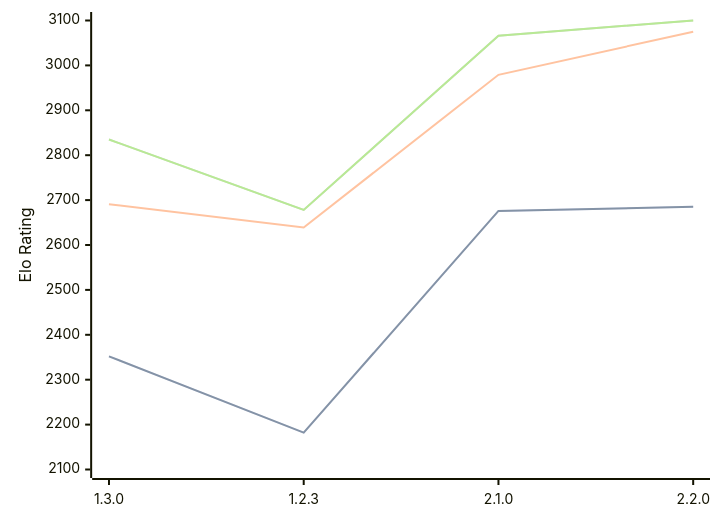
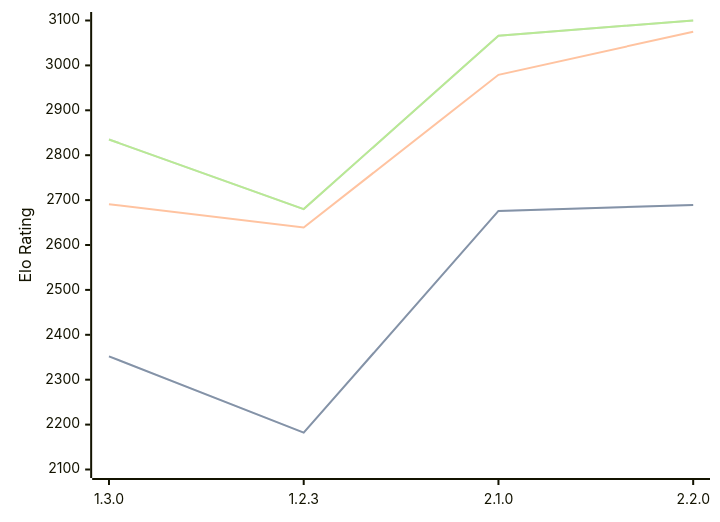
The diagram in engines/Aspen.md (computer-chess-index/cci), drawn with Mermaid before and after one commit. The commit also changed other lines of this file, not shown here.

Commit message:
Update CCI Ratings (ELO VLTC) - 2026-08-10

````diff
--- a/engines/Aspen.md
+++ b/engines/Aspen.md
@@ -43,11 +43,11 @@
 ```mermaid
 %%{init: {"theme":"base","themeVariables":{"seriesColors:['#a3a3a3','#222221','#faa371']}}}%%
 xychart-beta
   x-axis ["1.3.0", "1.2.3", "2.1.0", "2.2.0"]
   y-axis "Elo Rating" 2100 --> 3100
-  line "STC (8.0+0.08s)" [2352, 2182, 2676, 2685]
-  line "STC (8.0+0.08s)" [2352, 2182, 2676, 2685]
+  line "STC (8.0+0.08s)" [2352, 2182, 2676, 2689]
+  line "STC (8.0+0.08s)" [2352, 2182, 2676, 2689]
   line "LTC (60.0+0.60s)" [2691, 2639, 2979, 3075]
-  line "VLTC (2m24s+1.12s)" [2835, 2678, 3066, 3100]
-  line "VLTC (2m24s+1.12s)" [2835, 2678, 3066, 3100]
+  line "VLTC (2m24s+1.12s)" [2835, 2680, 3066, 3100]
+  line "VLTC (2m24s+1.12s)" [2835, 2680, 3066, 3100]
 ```
````
